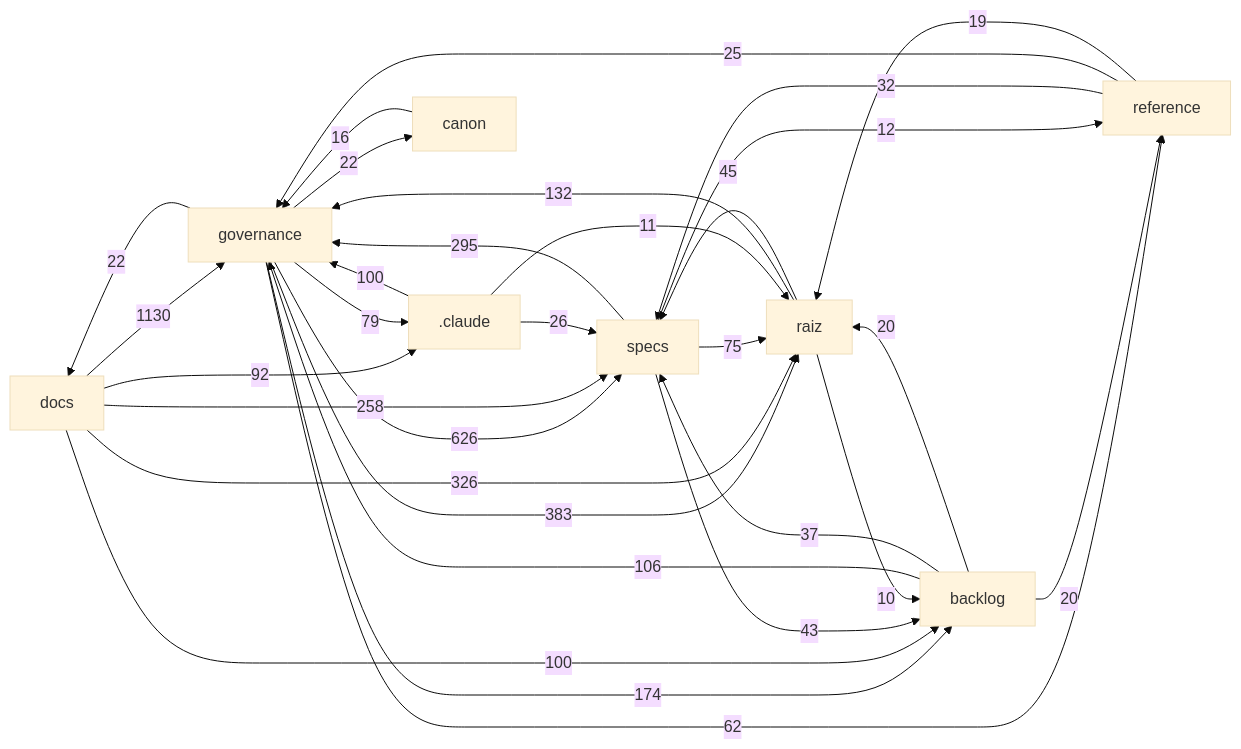
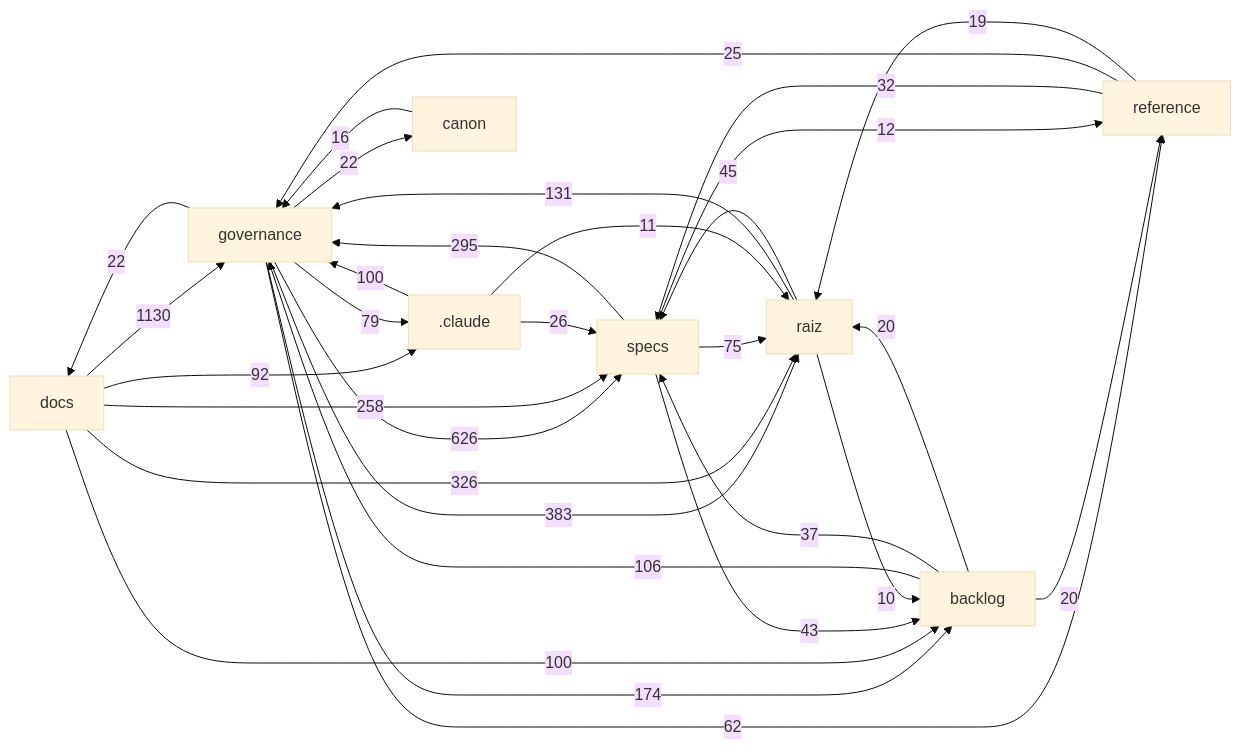
One commit to Andraus35/Sistema-Operacional-de-Trading--SOT changed the diagram in docs/mapa/MAPA-PROJETO.md. Above: the diagram before and after it, drawn with Mermaid (base theme). The commit also changed other lines of this file and 2 other files, not shown here.

Commit message:
HANDOFF HO-66: ponteiro da ata sem sufixo (HO-06)
Claude-Session: https://claude.ai/code/session_01DTMQXVgtC2ga7U1UjteKEV

````diff
--- a/docs/mapa/MAPA-PROJETO.md
+++ b/docs/mapa/MAPA-PROJETO.md
@@ -29,33 +29,33 @@
 ```mermaid
 flowchart LR
   docs["docs"] -->|1130| governance["governance"]
   governance["governance"] -->|626| specs["specs"]
   governance["governance"] -->|383| raiz["raiz"]
   docs["docs"] -->|326| raiz["raiz"]
   specs["specs"] -->|295| governance["governance"]
   docs["docs"] -->|258| specs["specs"]
   governance["governance"] -->|174| backlog["backlog"]
-  raiz["raiz"] -->|132| governance["governance"]
+  raiz["raiz"] -->|131| governance["governance"]
   backlog["backlog"] -->|106| governance["governance"]
   _claude[".claude"] -->|100| governance["governance"]
   docs["docs"] -->|100| backlog["backlog"]
   docs["docs"] -->|92| _claude[".claude"]
   governance["governance"] -->|79| _claude[".claude"]
   specs["specs"] -->|75| raiz["raiz"]
   governance["governance"] -->|62| reference["reference"]
   raiz["raiz"] -->|45| specs["specs"]
   specs["specs"] -->|43| backlog["backlog"]
   backlog["backlog"] -->|37| specs["specs"]
   reference["reference"] -->|32| specs["specs"]
   _claude[".claude"] -->|26| specs["specs"]
   reference["reference"] -->|25| governance["governance"]
   governance["governance"] -->|22| docs["docs"]
   governance["governance"] -->|22| canon["canon"]
   backlog["backlog"] -->|20| raiz["raiz"]
   backlog["backlog"] -->|20| reference["reference"]
   reference["reference"] -->|19| raiz["raiz"]
   canon["canon"] -->|16| governance["governance"]
   specs["specs"] -->|12| reference["reference"]
   _claude[".claude"] -->|11| raiz["raiz"]
   raiz["raiz"] -->|10| backlog["backlog"]
 ```
````
